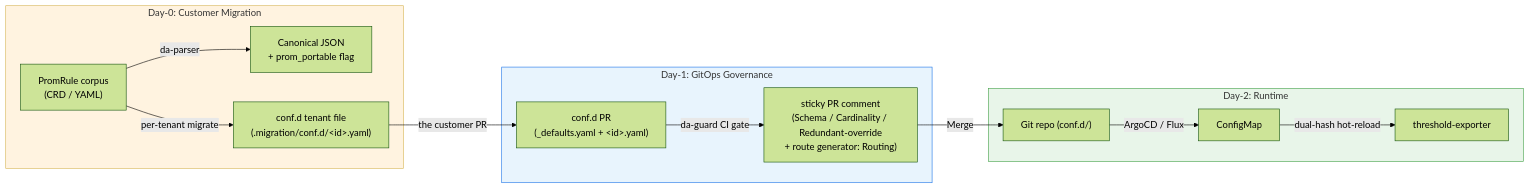
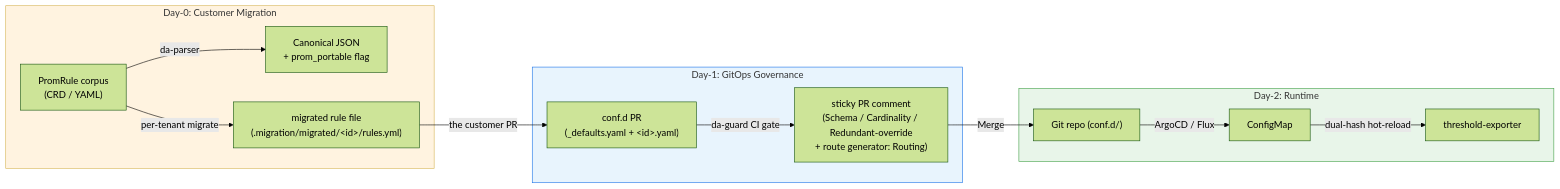
One commit to vencil/Dynamic-Alerting-Integrations changed the third of 3 diagrams in docs/architecture-and-design.en.md. Above: the diagram before and after it, drawn with Mermaid (forest theme). The commit also changed other lines of this file and 90 other files, not shown here.

First line of the commit message:
feat(tools)!: migrate-rule 原樣遷移一個租戶的規則（#4226） (#4341)

````diff
--- a/docs/architecture-and-design.en.md
+++ b/docs/architecture-and-design.en.md
@@ -161,22 +161,22 @@
 ```mermaid
 graph LR
     subgraph Day0["Day-0: Customer Migration"]
         PR["PromRule corpus<br/>(CRD / YAML)"] -->|da-parser| JSON["Canonical JSON<br/>+ prom_portable flag"]
-        PR -->|per-tenant migrate| MIG["conf.d tenant file<br/>(.migration/conf.d/&lt;id&gt;.yaml)"]
+        PR -->|per-tenant migrate| MIG["migrated rule file<br/>(.migration/migrated/&lt;id&gt;/rules.yml)"]
     end
 
     subgraph Day1["Day-1: GitOps Governance"]
         MIG -->|the customer PR| PR2["conf.d PR<br/>(_defaults.yaml + &lt;id&gt;.yaml)"]
         PR2 -->|da-guard CI gate| LINT["sticky PR comment<br/>(Schema / Cardinality / Redundant-override<br/>+ route generator: Routing)"]
     end
 
     subgraph Day2["Day-2: Runtime"]
         LINT -->|Merge| GIT["Git repo (conf.d/)"]
         GIT -->|ArgoCD / Flux| CM["ConfigMap"]
         CM -->|dual-hash hot-reload| TE["threshold-exporter"]
     end
 
     style Day0 fill:#fff3e0,stroke:#d6b656
     style Day1 fill:#e8f4fd,stroke:#1a73e8
     style Day2 fill:#e8f5e9,stroke:#43a047
 ```
````
